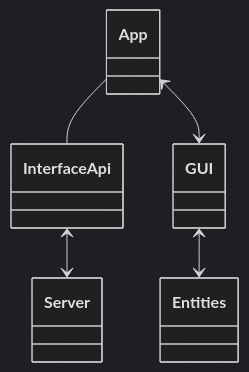
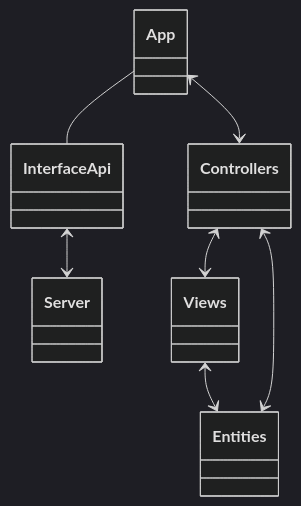
One commit to bartlomiejkrawczyk/PAP-21Z changed the second of 3 diagrams in docs/architecture.md. Above: the diagram before and after it, drawn with Mermaid (dark theme). The commit also changed other lines of this file, not shown here.

Commit message:
Update desktop app architecture

````diff
--- a/docs/architecture.md
+++ b/docs/architecture.md
@@ -65,13 +65,18 @@
 ```mermaid
 classDiagram
     class App
     class InterfaceApi
     class Entities
-    class GUI
+    class Views
+    class Controllers
 
     App -- InterfaceApi
-    GUI <--> Entities
-    App <--> GUI
+    Views <--> Entities
+    Controllers <--> Views
+    Controllers <--> Entities
+
+
+    App <--> Controllers
 
     InterfaceApi <--> Server
 ```
````
